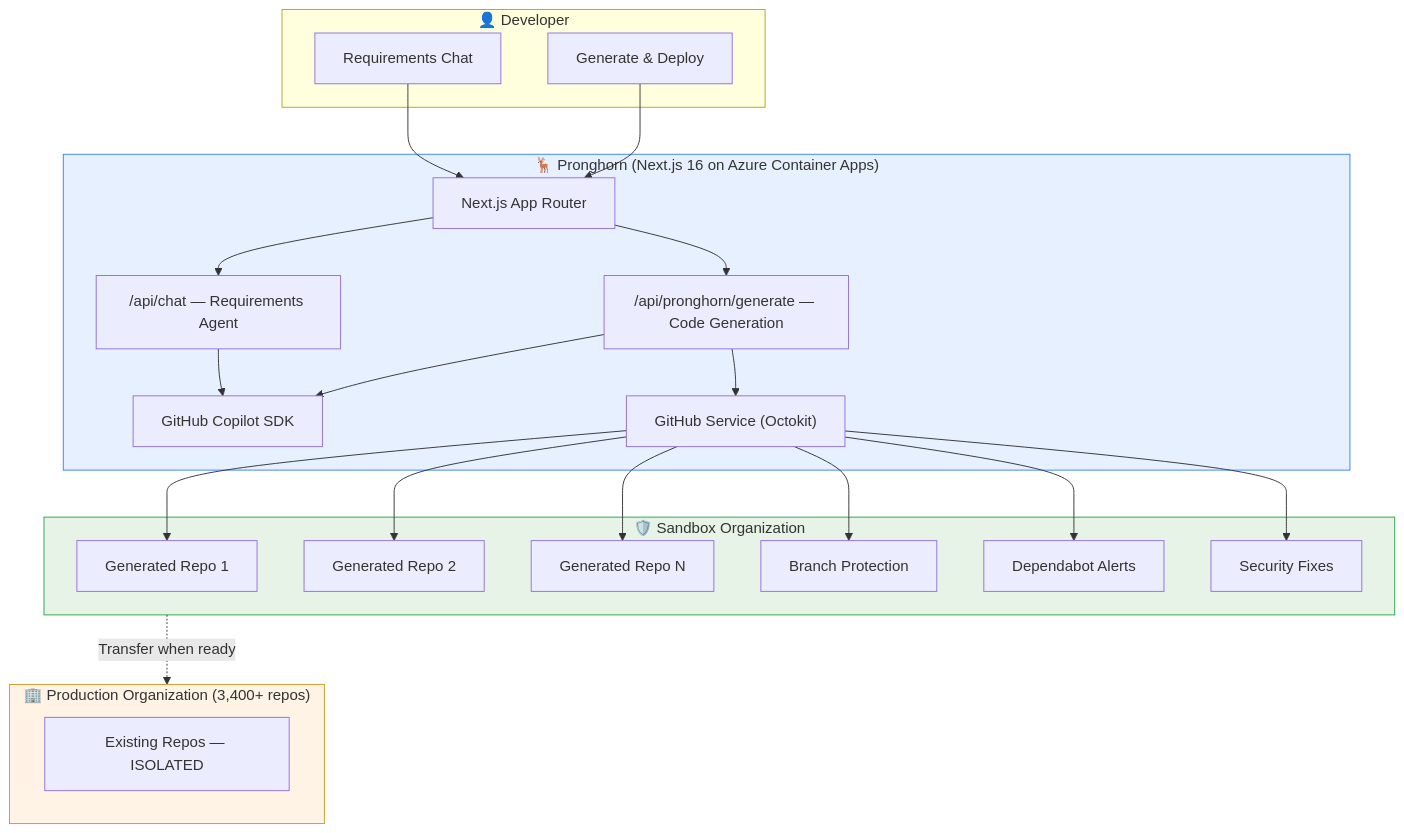
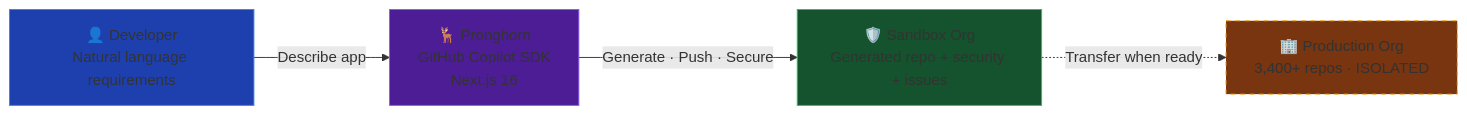
One commit to VeVarunSharma/project-pronghorn-fy26-github-copilot-sdk-challenge changed the diagram in README.md. Above: the diagram before and after it, drawn with Mermaid. The commit also changed other lines of this file, not shown here.

````diff
--- a/README.md
+++ b/README.md
@@ -155,47 +47,16 @@
 ```mermaid
-graph TB
-    subgraph User["👤 Developer"]
-        Chat["Requirements Chat"]
-        Gen["Generate & Deploy"]
-    end
+graph LR
+    Dev["👤 Developer<br/>Natural language requirements"]
+    Pronghorn["🦌 Pronghorn<br/>GitHub Copilot SDK<br/>Next.js 16"]
+    Sandbox["🛡️ Sandbox Org<br/>Generated repo + security + issues"]
+    Prod["🏢 Production Org<br/>3,400+ repos · ISOLATED"]
 
-    subgraph Pronghorn["🦌 Pronghorn (Next.js 16 on Azure Container Apps)"]
-        App["Next.js App Router"]
-        ChatRoute["/api/chat — Requirements Agent"]
-        GenRoute["/api/pronghorn/generate — Code Generation"]
-        SDK["GitHub Copilot SDK"]
-        GHS["GitHub Service (Octokit)"]
-    end
+    Dev -->|"Describe app"| Pronghorn
+    Pronghorn -->|"Generate · Push · Secure"| Sandbox
+    Sandbox -.->|"Transfer when ready"| Prod
 
-    subgraph Sandbox["🛡️ Sandbox Organization"]
-        Repo1["Generated Repo 1"]
-        Repo2["Generated Repo 2"]
-        RepoN["Generated Repo N"]
-        BP["Branch Protection"]
-        DA["Dependabot Alerts"]
-        SF["Security Fixes"]
-    end
-
-    subgraph Production["🏢 Production Organization (3,400+ repos)"]
-        ProdRepos["Existing Repos — ISOLATED"]
-    end
-
-    Chat --> App
-    Gen --> App
-    App --> ChatRoute
-    App --> GenRoute
-    ChatRoute --> SDK
-    GenRoute --> SDK
-    GenRoute --> GHS
-    GHS --> Repo1
-    GHS --> Repo2
-    GHS --> RepoN
-    GHS --> BP
-    GHS --> DA
-    GHS --> SF
-    Sandbox -.->|"Transfer when ready"| Production
-
-    style Sandbox fill:#e6f3e6,stroke:#2da44e
-    style Production fill:#fff3e6,stroke:#d29922
-    style Pronghorn fill:#e6f0ff,stroke:#3b82f6
+    style Sandbox fill:#14532d,stroke:#22c55e
+    style Prod fill:#78350f,stroke:#f59e0b,stroke-dasharray:5 5
+    style Pronghorn fill:#4c1d95,stroke:#8b5cf6
+    style Dev fill:#1e40af,stroke:#3b82f6
 ```
````
